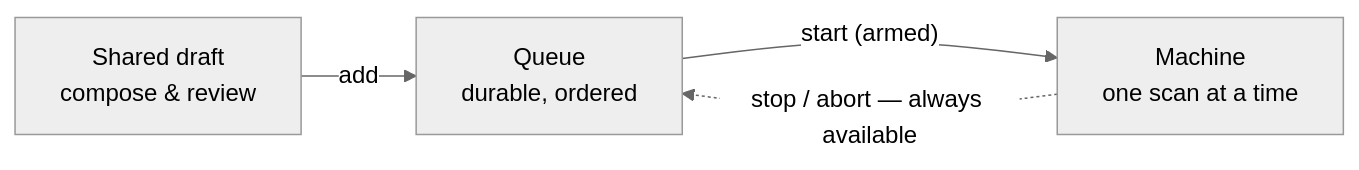
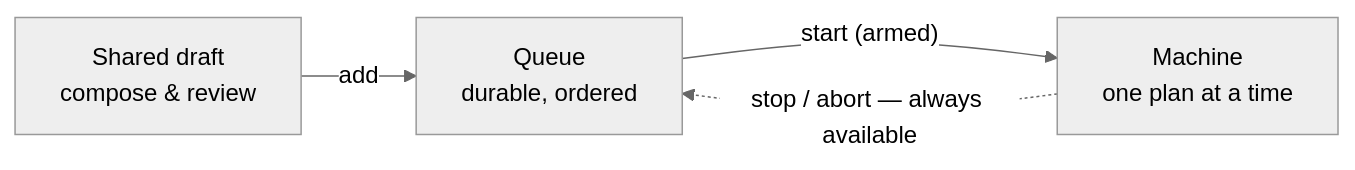
Before and after one commit to als-apg/osprey: the diagram in docs/source/how-to/bluesky/queue.rst, drawn with Mermaid (neutral theme). The commit also changed other lines of this file and 148 other files, not shown here.

First line of the commit message:
refactor(bluesky): call a bluesky plan a plan, not a scan

```diff
--- a/docs/source/how-to/bluesky/queue.rst
+++ b/docs/source/how-to/bluesky/queue.rst
@@ -11,6 +11,6 @@
 .. mermaid::
 
    flowchart LR
        A["Shared draft<br/>compose & review"] -->|add| B["Queue<br/>durable, ordered"]
-       B -->|"start (armed)"| C["Machine<br/>one scan at a time"]
+       B -->|"start (armed)"| C["Machine<br/>one plan at a time"]
        C -.->|"stop / abort — always available"| B
```
